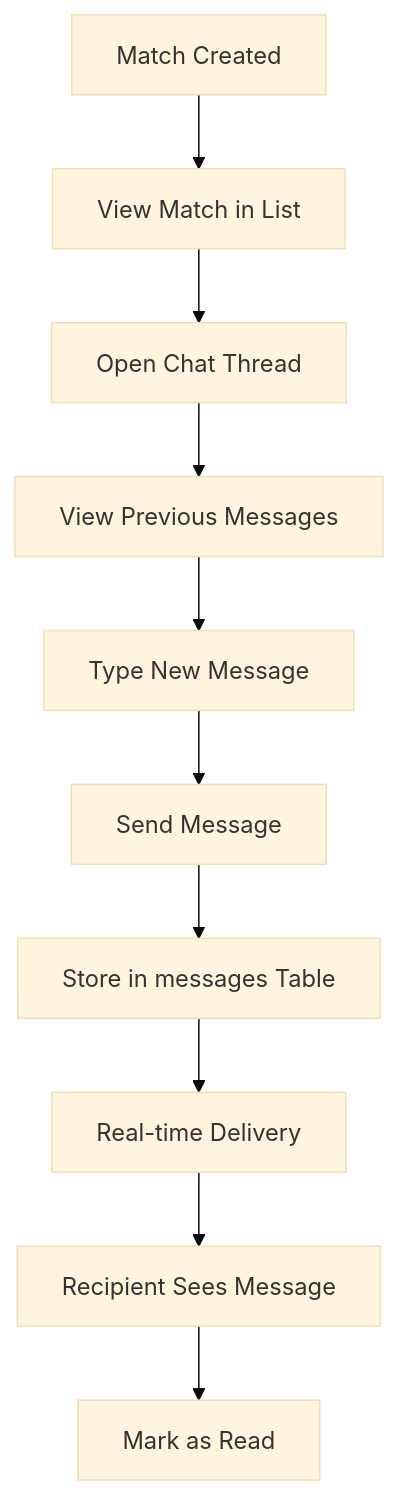
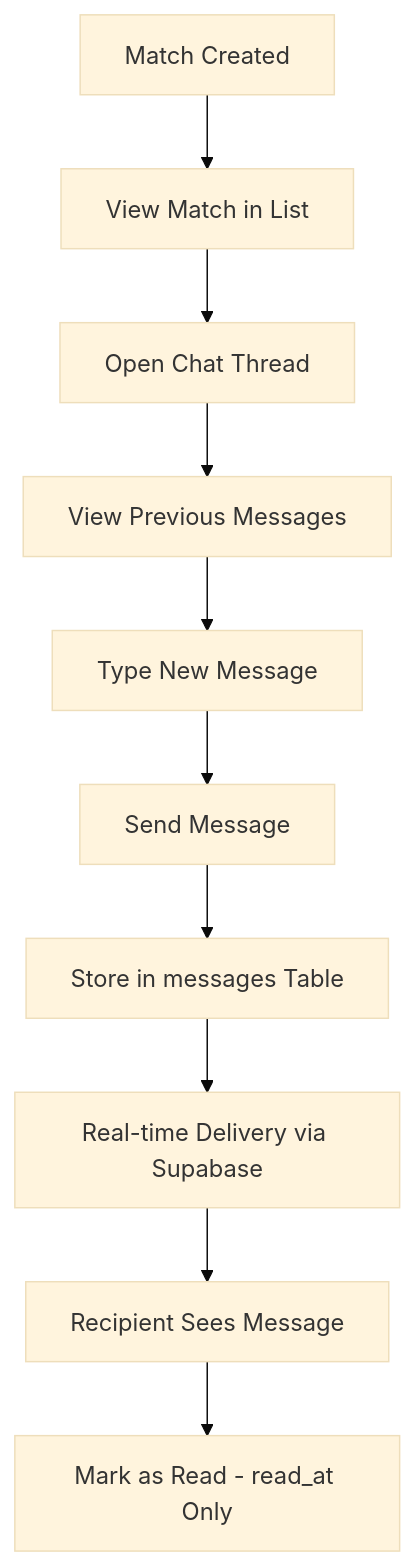
Before and after one commit to ketochiesesoyyo/konfetti-capacitor-integration: the sixth of 7 diagrams in PRODUCT_REQUIREMENTS_DOCUMENT.md, drawn with Mermaid (base theme). The commit also changed other lines of this file, not shown here.

````diff
--- a/PRODUCT_REQUIREMENTS_DOCUMENT.md
+++ b/PRODUCT_REQUIREMENTS_DOCUMENT.md
@@ -997,12 +1286,12 @@
 ```mermaid
 graph TD
     A[Match Created] --> B[View Match in List]
     B --> C[Open Chat Thread]
     C --> D[View Previous Messages]
     D --> E[Type New Message]
     E --> F[Send Message]
     F --> G[Store in messages Table]
-    G --> H[Real-time Delivery]
+    G --> H[Real-time Delivery via Supabase]
     H --> I[Recipient Sees Message]
-    I --> J[Mark as Read]
+    I --> J[Mark as Read - read_at Only]
 ```
````
